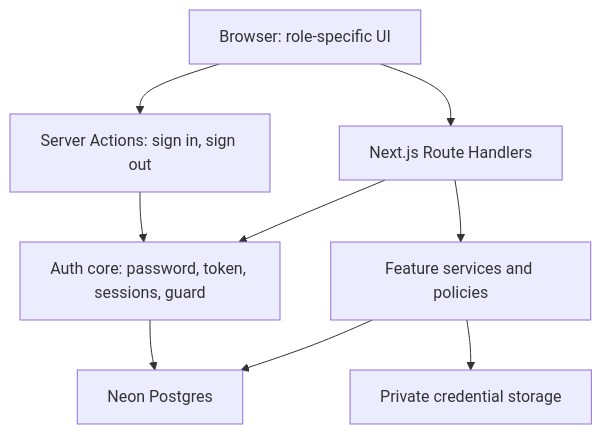
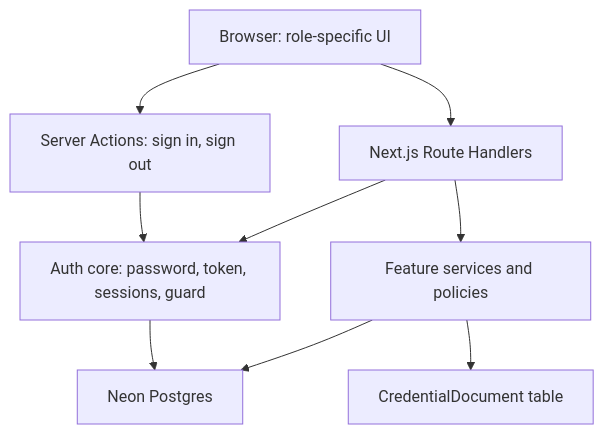
The diagram in ARCHITECTURE.md (erikadelao13/shiftpatch), drawn with Mermaid before and after one commit. The commit also changed other lines of this file and 5 other files, not shown here.

````diff
--- a/ARCHITECTURE.md
+++ b/ARCHITECTURE.md
@@ -44,11 +44,11 @@
 ```mermaid
 flowchart TD
     Browser["Browser: role-specific UI"] --> Actions["Server Actions: sign in, sign out"]
     Browser --> HTTP["Next.js Route Handlers"]
     Actions --> Auth["Auth core: password, token, sessions, guard"]
     HTTP --> Auth
     HTTP --> Services["Feature services and policies"]
     Auth --> DB["Neon Postgres"]
     Services --> DB
-    Services --> Files["Private credential storage"]
+    Services --> Files["CredentialDocument table"]
 ```
````
